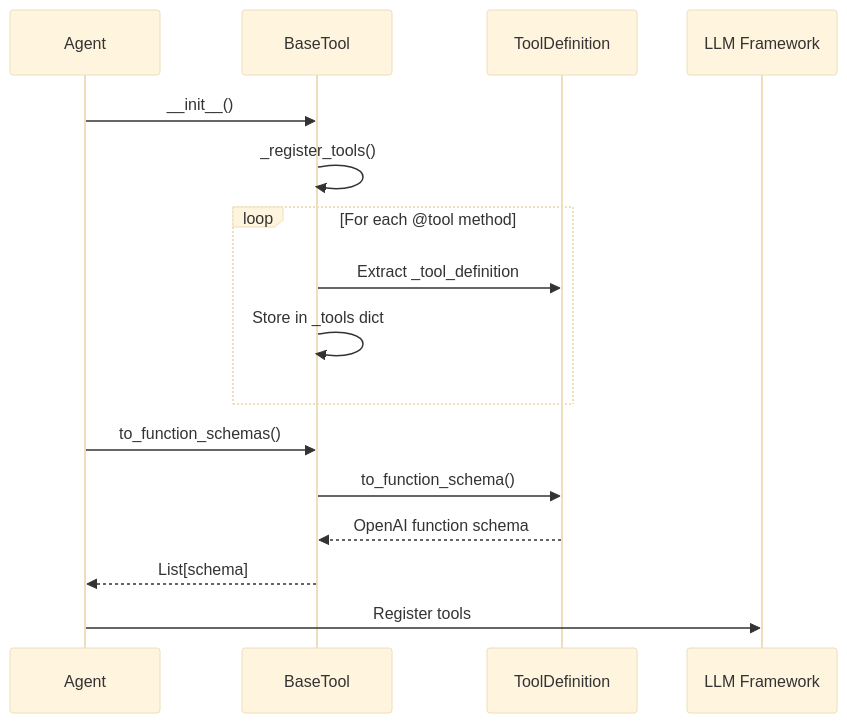
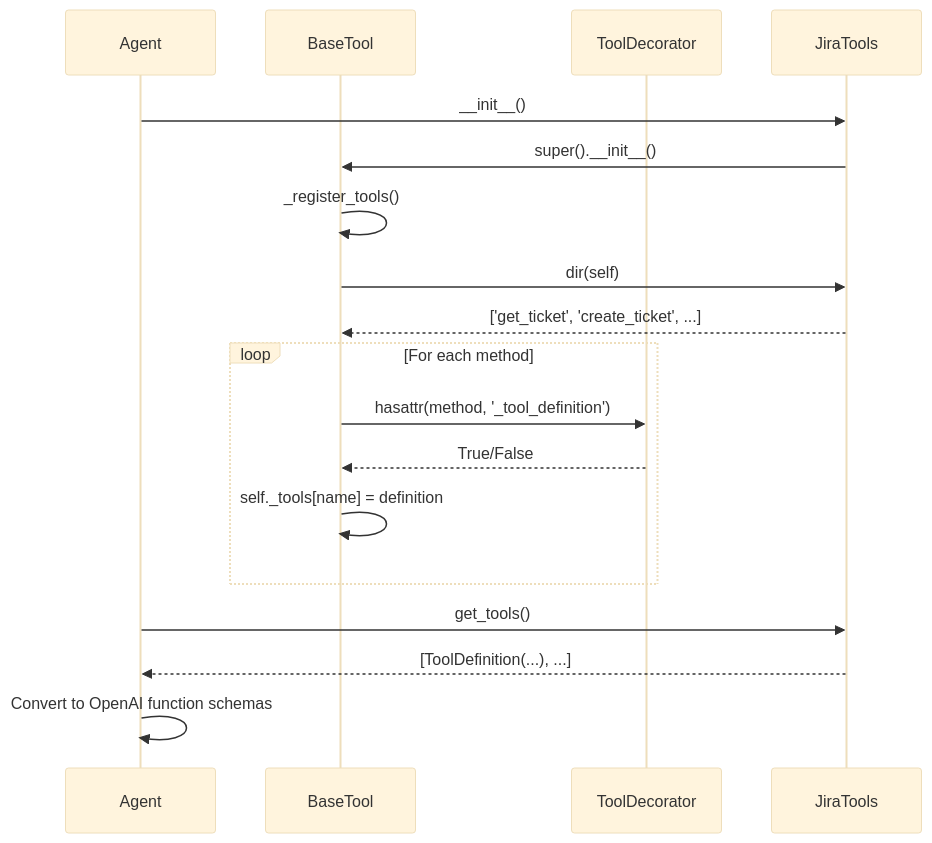
Before and after one commit to jmac-cornelis/agent-workforce: the second of 4 diagrams in docs/tools.md, drawn with Mermaid (base theme). The commit also changed other lines of this file and 4 other files, not shown here.

````diff
--- a/docs/tools.md
+++ b/docs/tools.md
@@ -83,20 +82,21 @@
 ```mermaid
 sequenceDiagram
     participant Agent
     participant BaseTool
-    participant ToolDef as ToolDefinition
-    participant LLM as LLM Framework
+    participant ToolDecorator
+    participant JiraTools
     
-    Agent->>BaseTool: __init__()
+    Agent->>JiraTools: __init__()
+    JiraTools->>BaseTool: super().__init__()
     BaseTool->>BaseTool: _register_tools()
-    loop For each @tool method
-        BaseTool->>ToolDef: Extract _tool_definition
-        BaseTool->>BaseTool: Store in _tools dict
+    BaseTool->>JiraTools: dir(self)
+    JiraTools-->>BaseTool: ['get_ticket', 'create_ticket', ...]
+    loop For each method
+        BaseTool->>ToolDecorator: hasattr(method, '_tool_definition')
+        ToolDecorator-->>BaseTool: True/False
+        BaseTool->>BaseTool: self._tools[name] = definition
     end
-    
-    Agent->>BaseTool: to_function_schemas()
-    BaseTool->>ToolDef: to_function_schema()
-    ToolDef-->>BaseTool: OpenAI function schema
-    BaseTool-->>Agent: List[schema]
-    Agent->>LLM: Register tools
+    Agent->>JiraTools: get_tools()
+    JiraTools-->>Agent: [ToolDefinition(...), ...]
+    Agent->>Agent: Convert to OpenAI function schemas
 ```
````
